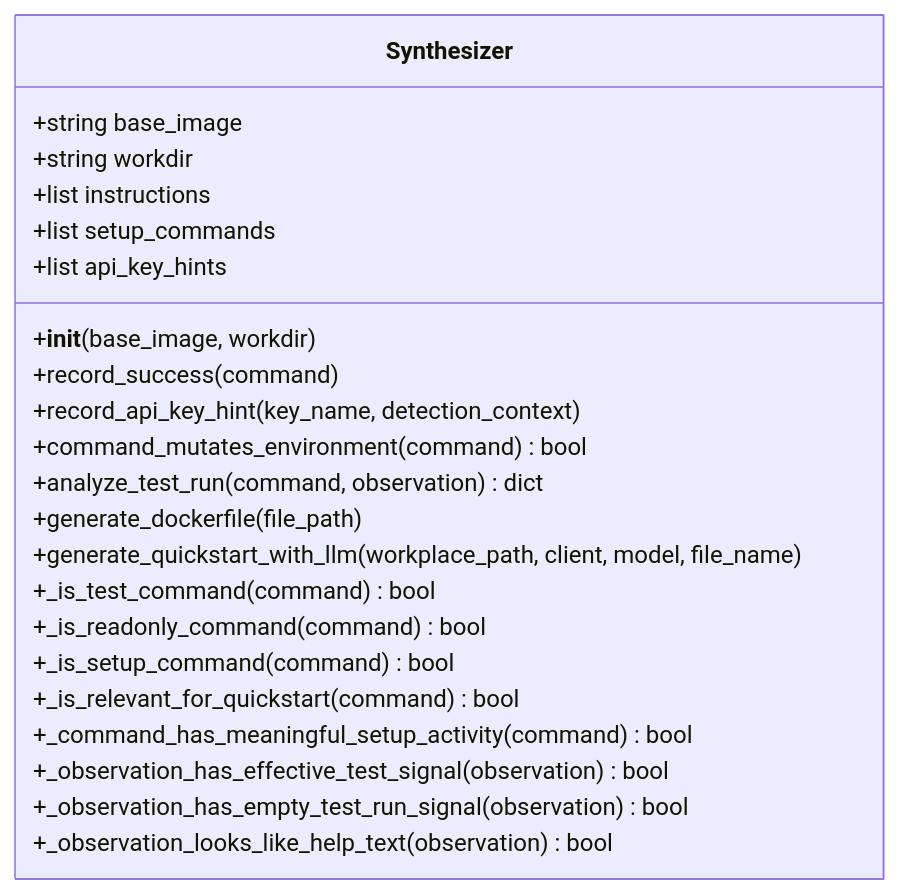
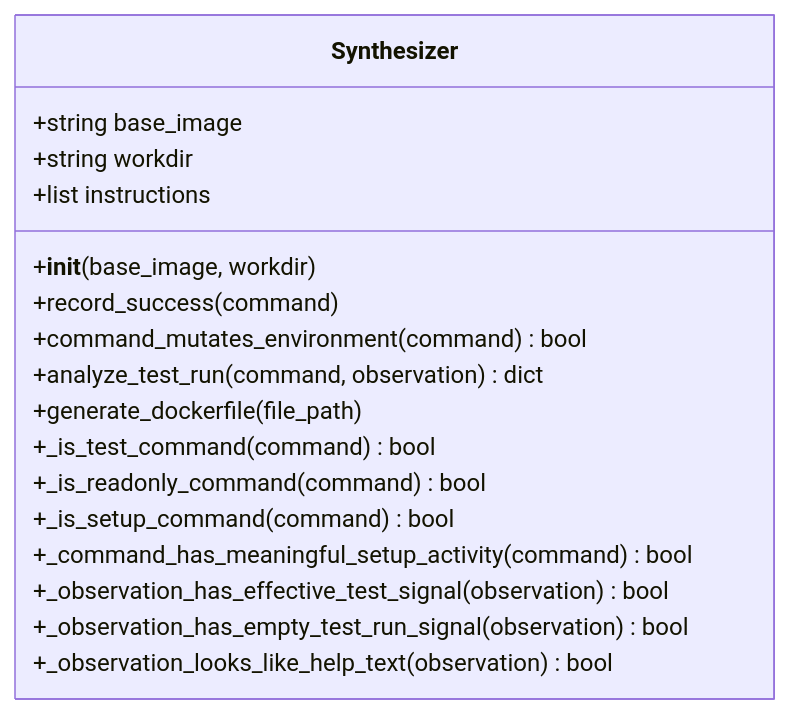
Before and after one commit to Jayint/Jayint-repo: the third of 11 diagrams in .qoder/repowiki/zh/content/核心组件/Synthesizer 模块/Synthesizer 模块.md, drawn with Mermaid. The commit also changed other lines of this file and 398 other files, not shown here.

````diff
--- a/.qoder/repowiki/zh/content/核心组件/Synthesizer 模块/Synthesizer 模块.md
+++ b/.qoder/repowiki/zh/content/核心组件/Synthesizer 模块/Synthesizer 模块.md
@@ -157,25 +123,20 @@
 ```mermaid
 classDiagram
 class Synthesizer {
 +string base_image
 +string workdir
 +list instructions
-+list setup_commands
-+list api_key_hints
 +__init__(base_image, workdir)
 +record_success(command)
-+record_api_key_hint(key_name, detection_context)
 +command_mutates_environment(command) bool
 +analyze_test_run(command, observation) dict
 +generate_dockerfile(file_path)
-+generate_quickstart_with_llm(workplace_path, client, model, file_name)
 +_is_test_command(command) bool
 +_is_readonly_command(command) bool
 +_is_setup_command(command) bool
-+_is_relevant_for_quickstart(command) bool
 +_command_has_meaningful_setup_activity(command) bool
 +_observation_has_effective_test_signal(observation) bool
 +_observation_has_empty_test_run_signal(observation) bool
 +_observation_looks_like_help_text(observation) bool
 }
 ```
````
